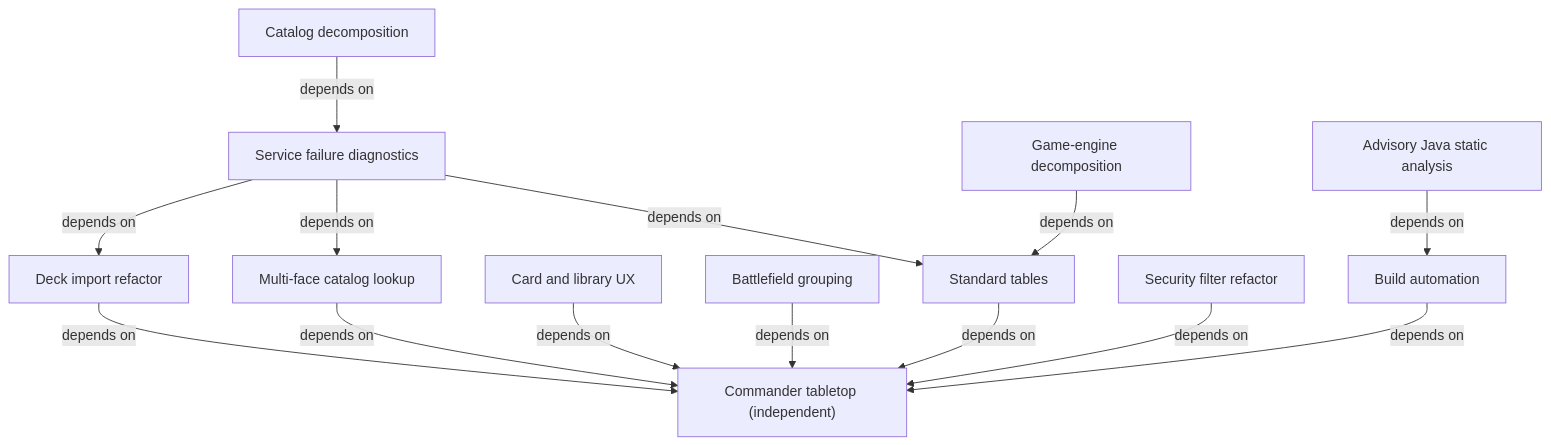
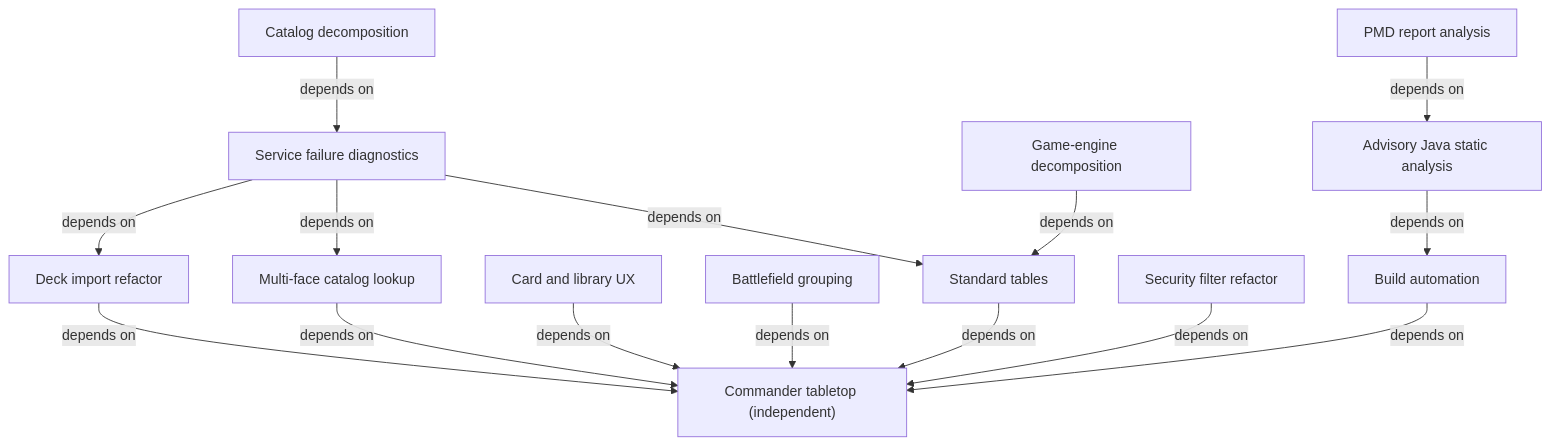
Before and after one commit to gossagomez-new/mtgcmd: the diagram in spec/INDEX.md, drawn with Mermaid. The commit also changed other lines of this file and 6 other files, not shown here.

Commit message:
feat(tooling): automate pmd report analysis

````diff
--- a/spec/INDEX.md
+++ b/spec/INDEX.md
@@ -22,28 +23,30 @@
 ```mermaid
 flowchart TD
     tabletop["Commander tabletop (independent)"]
     build["Build automation"]
     analysis["Advisory Java static analysis"]
     analysis -->|depends on| build
+    pmdreview["PMD report analysis"]
+    pmdreview -->|depends on| analysis
     imports["Deck import refactor"]
     imports -->|depends on| tabletop
     catalog["Multi-face catalog lookup"]
     catalog -->|depends on| tabletop
     ux["Card and library UX"]
     ux -->|depends on| tabletop
     grouping["Battlefield grouping"]
     grouping -->|depends on| tabletop
     standard["Standard tables"]
     standard -->|depends on| tabletop
     diagnostics["Service failure diagnostics"]
     diagnostics -->|depends on| imports
     diagnostics -->|depends on| catalog
     diagnostics -->|depends on| standard
     decomposition["Catalog decomposition"]
     decomposition -->|depends on| diagnostics
     engine["Game-engine decomposition"]
     engine -->|depends on| standard
     security["Security filter refactor"]
     security -->|depends on| tabletop
     build -->|depends on| tabletop
 ```
````
